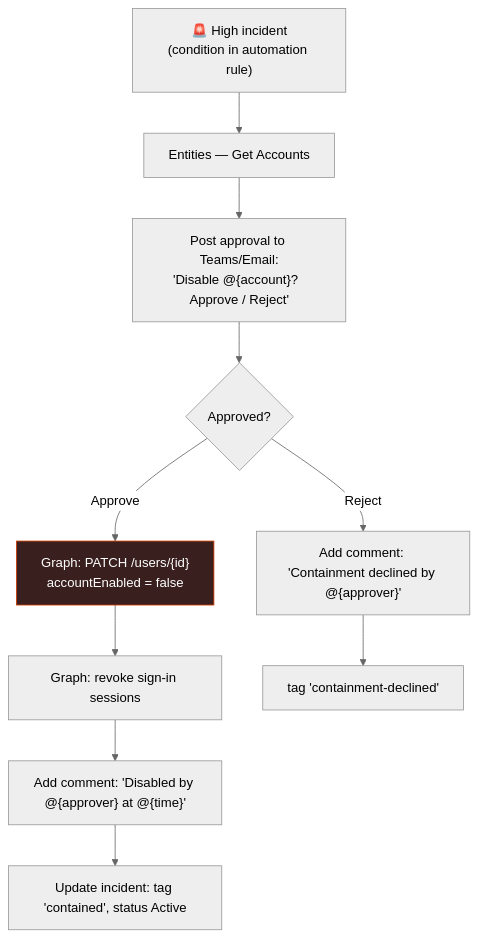
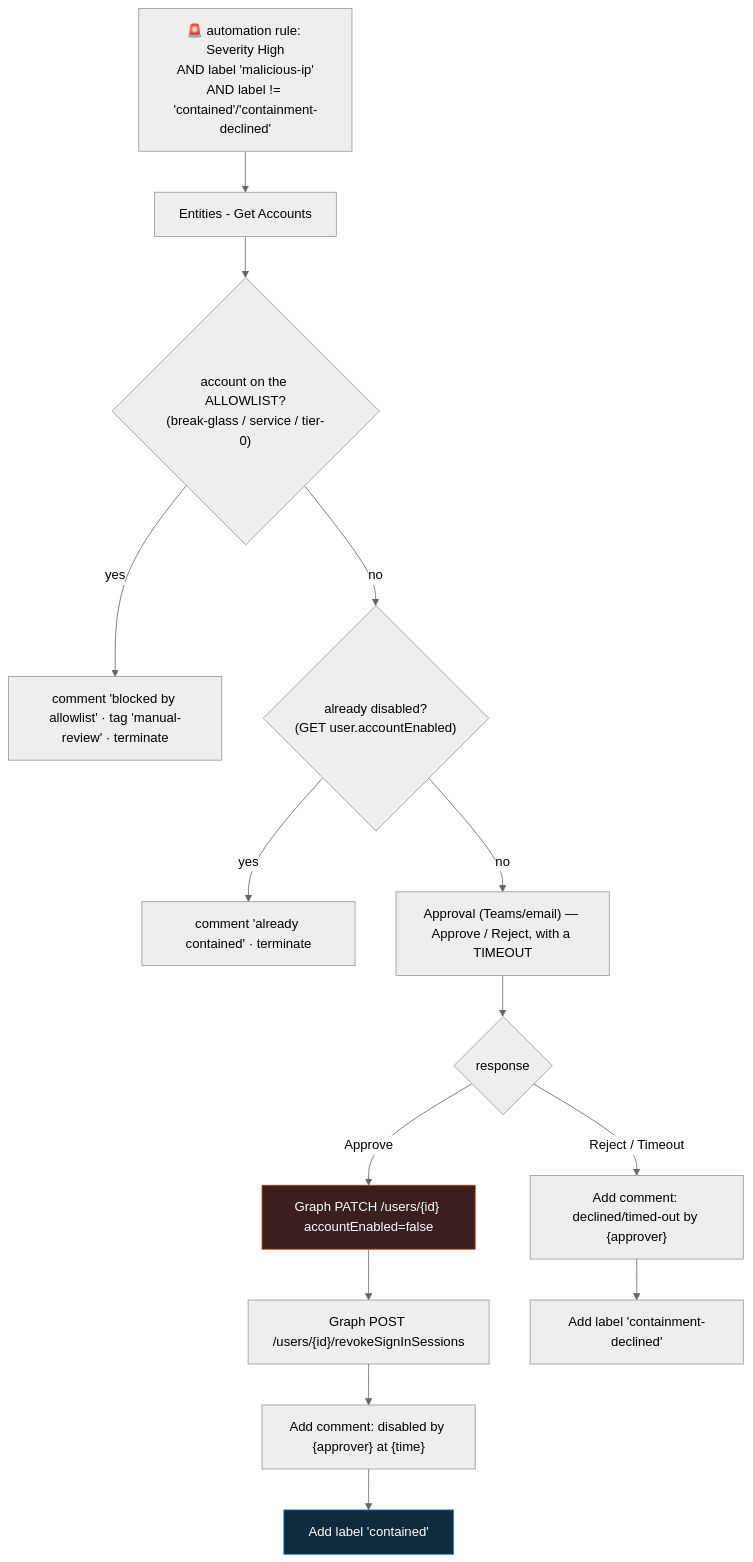
The diagram in 34-response-actions-with-approval/README.md (Tarun2000AD/microsoft-sentinel-live-learning), drawn with Mermaid (neutral theme) before and after one commit. The commit also changed other lines of this file, not shown here.

First line of the commit message:
Deepen step 34 (response with approval): two-call disable, allowlist + idempotency guards, both-paths validation

````diff
--- a/34-response-actions-with-approval/README.md
+++ b/34-response-actions-with-approval/README.md
@@ -36,13 +62,18 @@
 ```mermaid
 flowchart TD
-    T["🚨 High incident<br/>(condition in automation rule)"] --> GA["Entities — Get Accounts"]
-    GA --> AP["Post approval to Teams/Email:<br/>'Disable @{account}?  Approve / Reject'"]
-    AP --> D{"Approved?"}
-    D -->|Approve| DIS["Graph: PATCH /users/{id}<br/>accountEnabled = false"]
-    DIS --> REV["Graph: revoke sign-in sessions"]
-    REV --> C1["Add comment: 'Disabled by @{approver} at @{time}'"]
-    C1 --> TAG1["Update incident: tag 'contained', status Active"]
-    D -->|Reject| C2["Add comment: 'Containment declined by @{approver}'"]
-    C2 --> TAG2["tag 'containment-declined'"]
+    T["🚨 automation rule: Severity High<br/>AND label 'malicious-ip'<br/>AND label != 'contained'/'containment-declined'"] --> GA["Entities - Get Accounts"]
+    GA --> ALLOW{"account on the ALLOWLIST?<br/>(break-glass / service / tier-0)"}
+    ALLOW -->|yes| BLOCK["comment 'blocked by allowlist' · tag 'manual-review' · terminate"]
+    ALLOW -->|no| IDEM{"already disabled?<br/>(GET user.accountEnabled)"}
+    IDEM -->|yes| SKIP["comment 'already contained' · terminate"]
+    IDEM -->|no| AP["Approval (Teams/email) — Approve / Reject, with a TIMEOUT"]
+    AP --> D{"response"}
+    D -->|Approve| DIS["Graph PATCH /users/{id} accountEnabled=false"]
+    DIS --> REV["Graph POST /users/{id}/revokeSignInSessions"]
+    REV --> C1["Add comment: disabled by {approver} at {time}"]
+    C1 --> TAG1["Add label 'contained'"]
+    D -->|"Reject / Timeout"| C2["Add comment: declined/timed-out by {approver}"]
+    C2 --> TAG2["Add label 'containment-declined'"]
     style DIS fill:#3a1f1f,stroke:#cf3a00,color:#fff
+    style TAG1 fill:#0f2a3d,stroke:#0078D4,color:#fff
 ```
````
